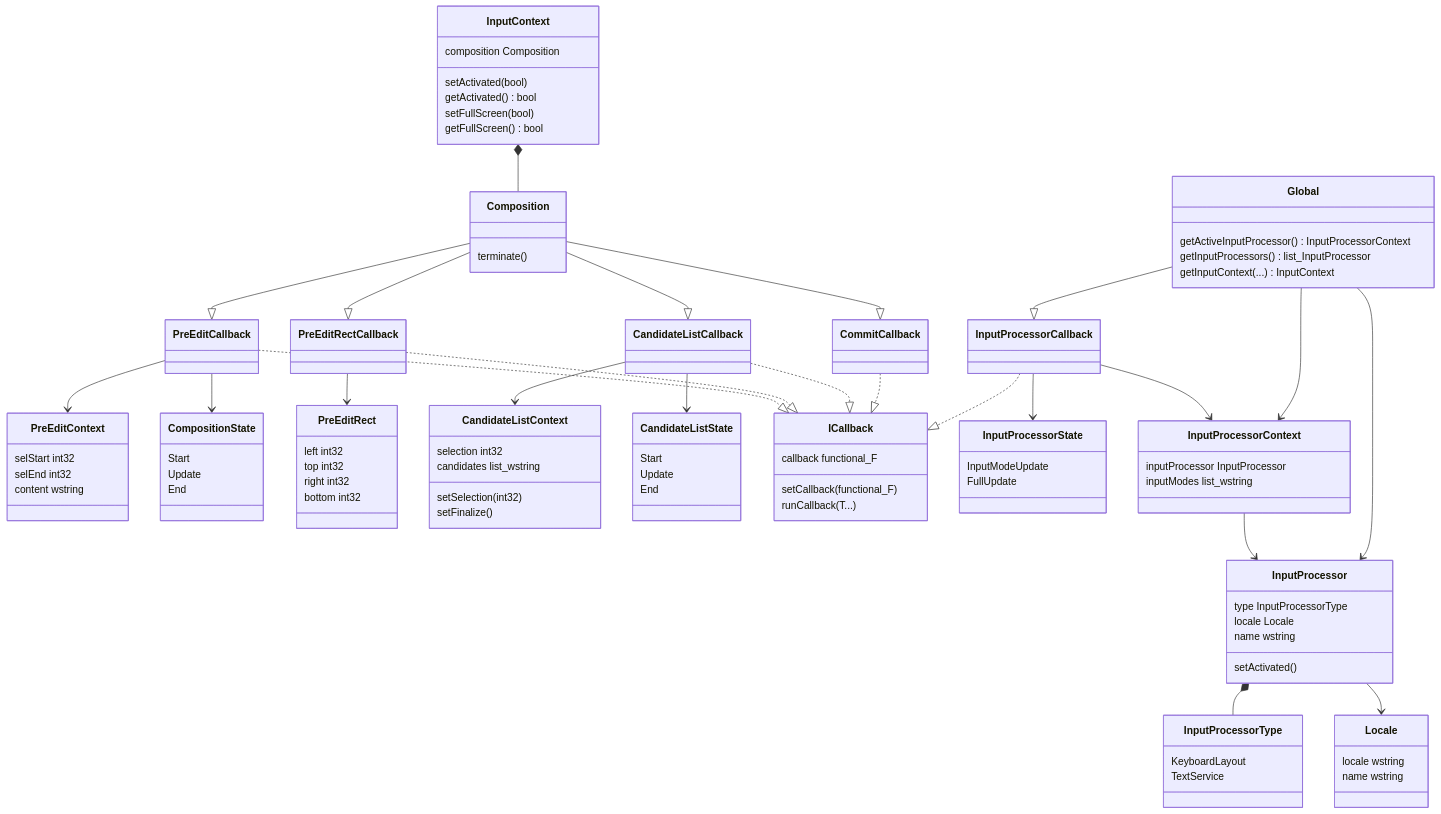
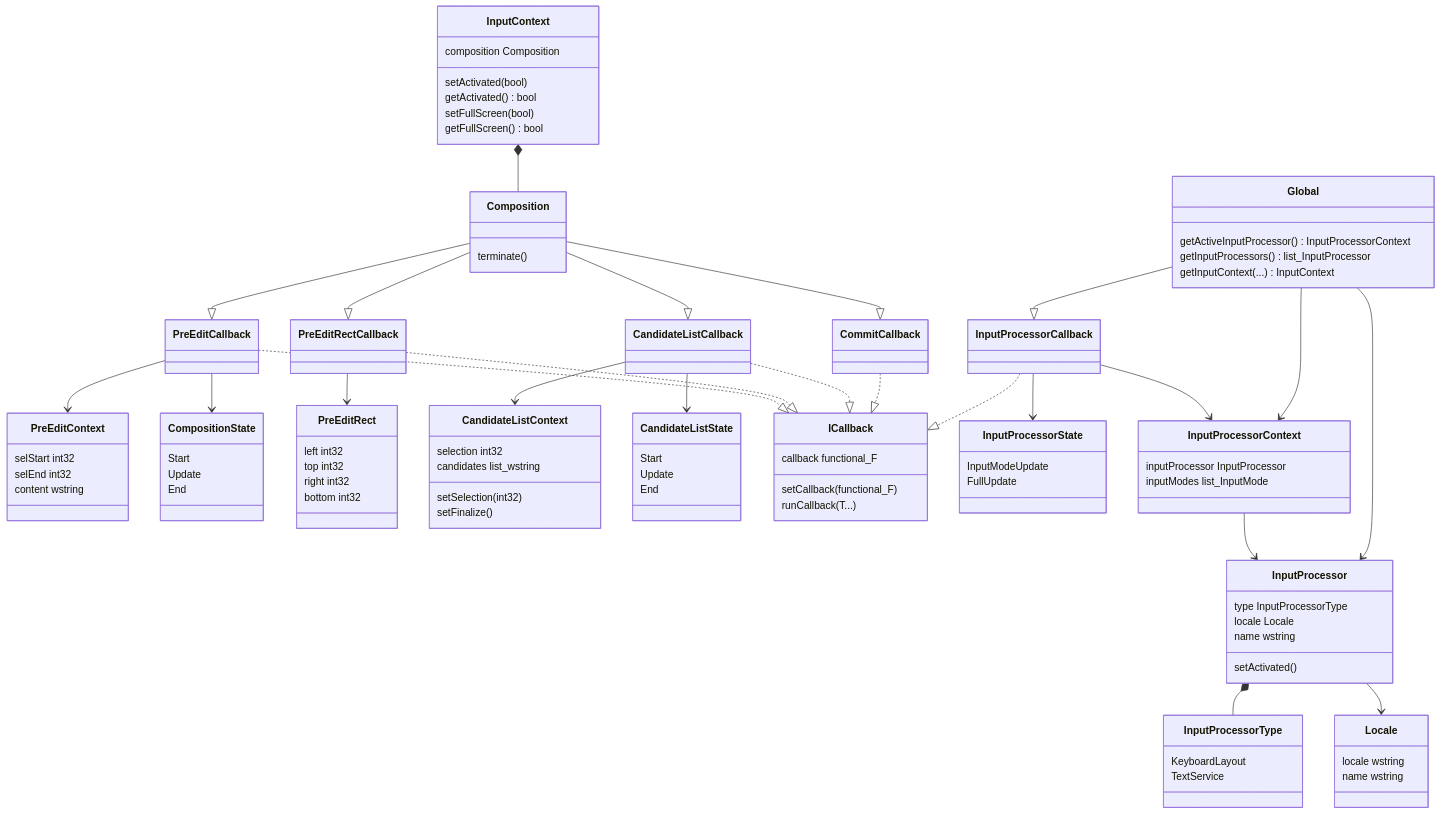
Before and after one commit to Windmill-City/IngameIME-Common: the diagram in docs/ClassDiagram.mmd, drawn with Mermaid. The commit also changed 6 other files, not shown here.

Commit message:
make input mode a enum class

```diff
--- a/docs/ClassDiagram.mmd
+++ b/docs/ClassDiagram.mmd
@@ -1,115 +1,115 @@
 classDiagram
 class PreEditContext{
     selStart int32
     selEnd int32
     content wstring
 }
 class CompositionState{
     Start
     Update
     End
 }
 class PreEditCallback
 
 class PreEditRect{
     left int32
     top int32
     right int32
     bottom int32
 }
 class PreEditRectCallback
 
 class CandidateListContext{
     selection int32
     candidates list_wstring
 
     setSelection(int32)
     setFinalize()
 }
 class CandidateListState{
     Start
     Update
     End
 }
 class CandidateListCallback
 
 class CommitCallback
 
 class ICallback{
     callback functional_F
     setCallback(functional_F)
     runCallback(T...)
 }
 class Composition{
     terminate()
 }
 class InputContext{
     composition Composition
 
     setActivated(bool)
     getActivated() bool
     setFullScreen(bool)
     getFullScreen() bool
 }
 
 class Locale{
     locale wstring
     name wstring
 }
 class InputProcessor{
     type InputProcessorType
     locale Locale
     name wstring
 
     setActivated()
 }
 class InputProcessorType{
     KeyboardLayout
     TextService
 }
 class InputProcessorState{
     InputModeUpdate
     FullUpdate
 }
 class InputProcessorContext{
     inputProcessor InputProcessor
-    inputModes list_wstring
+    inputModes list_InputMode
 }
 class Global{
     getActiveInputProcessor() InputProcessorContext
     getInputProcessors() list_InputProcessor
     getInputContext(...) InputContext
 }
 
 InputContext *-- Composition
 
 PreEditCallback --> CompositionState
 PreEditCallback --> PreEditContext
 PreEditCallback ..|> ICallback
 
 PreEditRectCallback --> PreEditRect
 PreEditRectCallback ..|> ICallback
 
 CandidateListCallback ..|> ICallback
 CandidateListCallback --> CandidateListState
 CandidateListCallback --> CandidateListContext
 
 CommitCallback ..|> ICallback
 
 Composition --|> PreEditCallback
 Composition --|> PreEditRectCallback
 Composition --|> CommitCallback
 Composition --|> CandidateListCallback
 
 InputProcessorCallback --> InputProcessorState
 InputProcessorCallback --> InputProcessorContext
 InputProcessorCallback ..|> ICallback
 
 InputProcessor *-- InputProcessorType
 InputProcessor --> Locale
 
 InputProcessorContext --> InputProcessor
 
 Global --> InputProcessorContext
 Global --> InputProcessor
 Global --|> InputProcessorCallback
```
